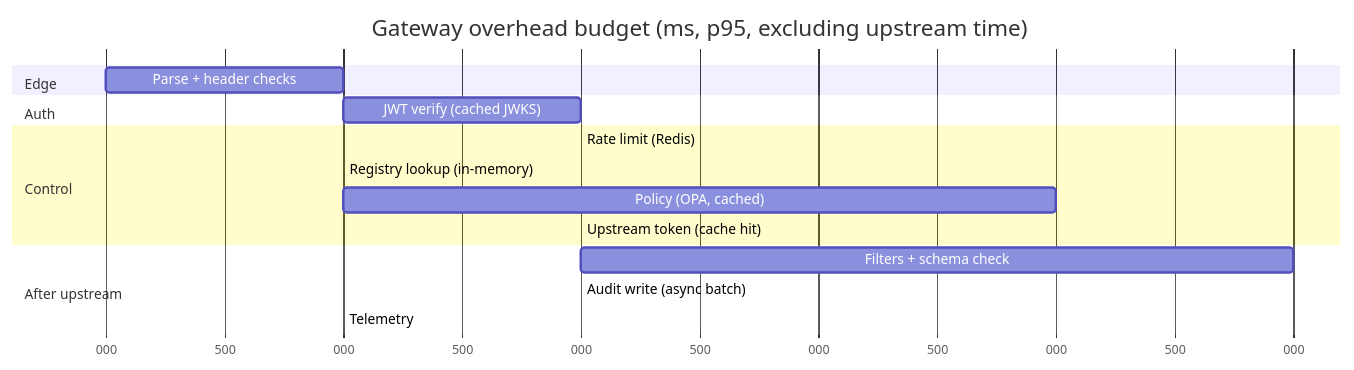
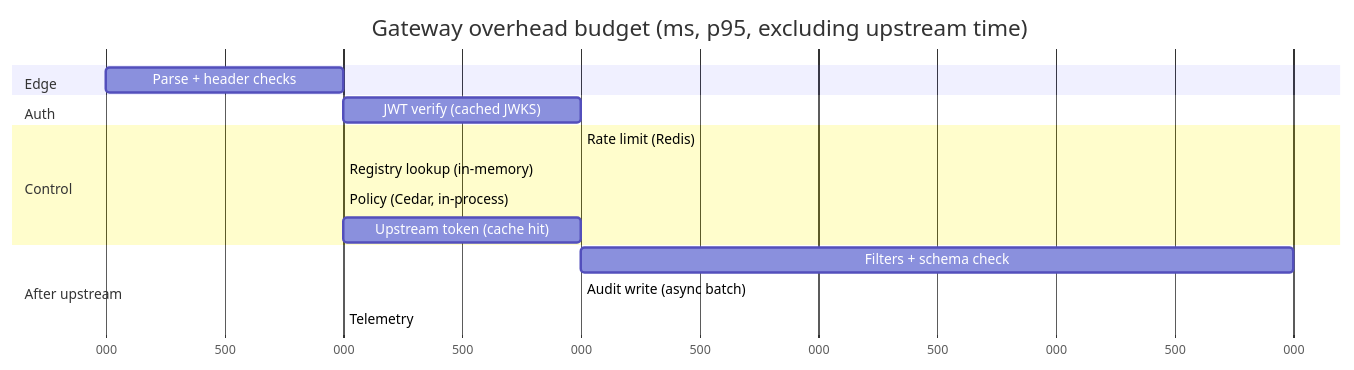
The first of 2 diagrams in projects/02-mcp-hub/docs/06-non-functional.md (pRiMeXoMeGa/AI-Learning-Projects), drawn with Mermaid before and after one commit. The commit also changed other lines of this file and 31 other files, not shown here.

````diff
--- a/projects/02-mcp-hub/docs/06-non-functional.md
+++ b/projects/02-mcp-hub/docs/06-non-functional.md
@@ -5,19 +5,19 @@
 ```mermaid
 gantt
     title Gateway overhead budget (ms, p95, excluding upstream time)
     dateFormat X
     axisFormat %L
     section Edge
     Parse + header checks        :a1, 0, 1
     section Auth
     JWT verify (cached JWKS)     :a2, after a1, 2
     section Control
     Rate limit (Redis)           :a3, after a2, 2
     Registry lookup (in-memory)  :a4, after a3, 1
-    Policy (OPA, cached)         :a5, after a4, 4
+    Policy (Cedar, in-process)   :a5, after a4, 1
     Upstream token (cache hit)   :a6, after a5, 2
     section After upstream
     Filters + schema check       :a7, after a6, 5
     Audit write (async batch)    :a8, after a7, 2
     Telemetry                    :a9, after a8, 1
 ```
````
